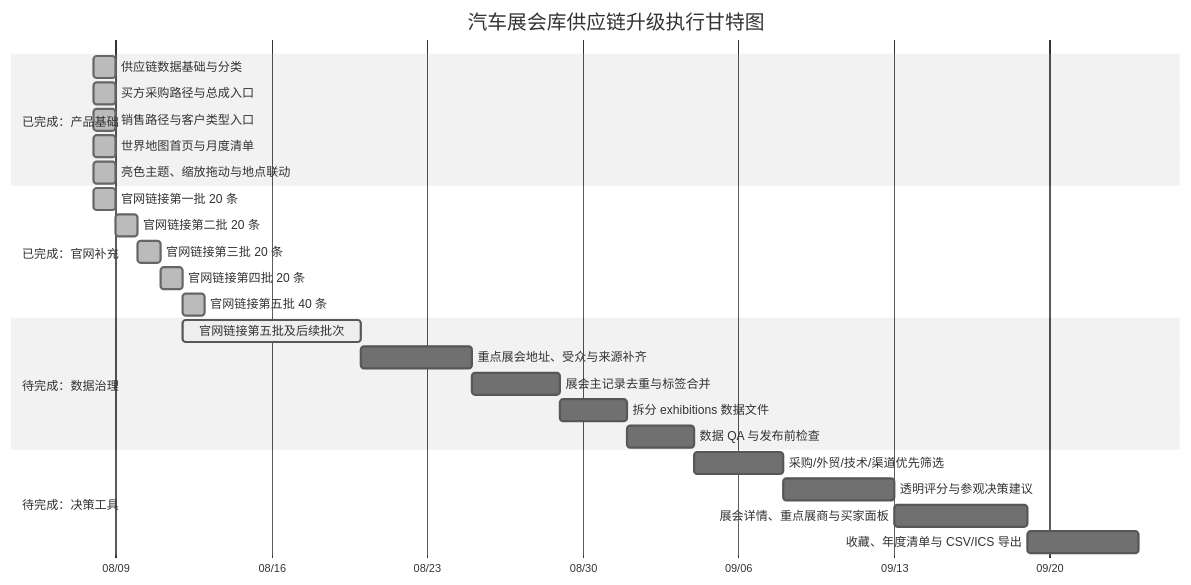
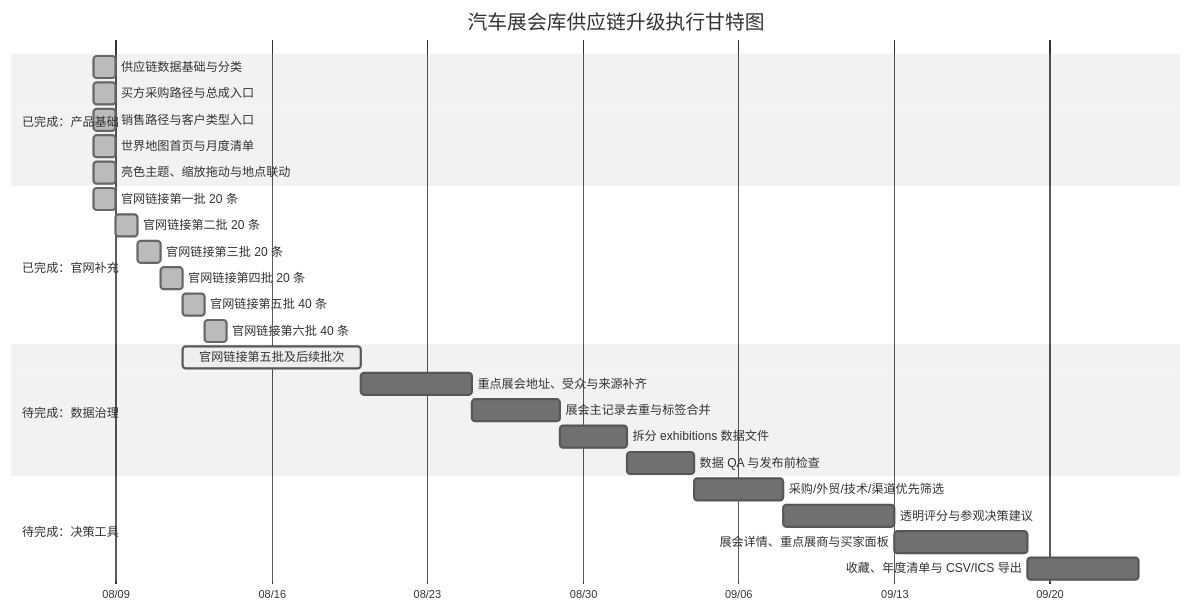
One commit to Cloudyluk/auto-expo changed the diagram in docs/PROJECT_PROGRESS.md. Above: the diagram before and after it, drawn with Mermaid (neutral theme). The commit also changed other lines of this file and 2 other files, not shown here.

Commit message:
Add sixth batch of official exhibition links

````diff
--- a/docs/PROJECT_PROGRESS.md
+++ b/docs/PROJECT_PROGRESS.md
@@ -19,29 +19,30 @@
 ```mermaid
 gantt
     title 汽车展会库供应链升级执行甘特图
     dateFormat  YYYY-MM-DD
     axisFormat  %m/%d
     section 已完成：产品基础
     供应链数据基础与分类             :done, foundation, 2026-08-08, 1d
     买方采购路径与总成入口           :done, buyer, 2026-08-08, 1d
     销售路径与客户类型入口           :done, seller, 2026-08-08, 1d
     世界地图首页与月度清单           :done, map, 2026-08-08, 1d
     亮色主题、缩放拖动与地点联动     :done, interaction, 2026-08-08, 1d
     section 已完成：官网补充
     官网链接第一批 20 条             :done, links1, 2026-08-08, 1d
     官网链接第二批 20 条             :done, links2, after links1, 1d
     官网链接第三批 20 条             :done, links3, after links2, 1d
     官网链接第四批 20 条             :done, links4, after links3, 1d
     官网链接第五批 40 条             :done, links5done, after links4, 1d
+    官网链接第六批 40 条             :done, links6done, after links5done, 1d
     section 待完成：数据治理
     官网链接第五批及后续批次         :active, links5, after links4, 8d
     重点展会地址、受众与来源补齐     :fields, after links5, 5d
     展会主记录去重与标签合并         :dedupe, after fields, 4d
     拆分 exhibitions 数据文件        :split, after dedupe, 3d
     数据 QA 与发布前检查              :qa, after split, 3d
     section 待完成：决策工具
     采购/外贸/技术/渠道优先筛选       :filters, after qa, 4d
     透明评分与参观决策建议           :score, after filters, 5d
     展会详情、重点展商与买家面板      :detail, after score, 6d
     收藏、年度清单与 CSV/ICS 导出     :plan, after detail, 5d
 ```
````
